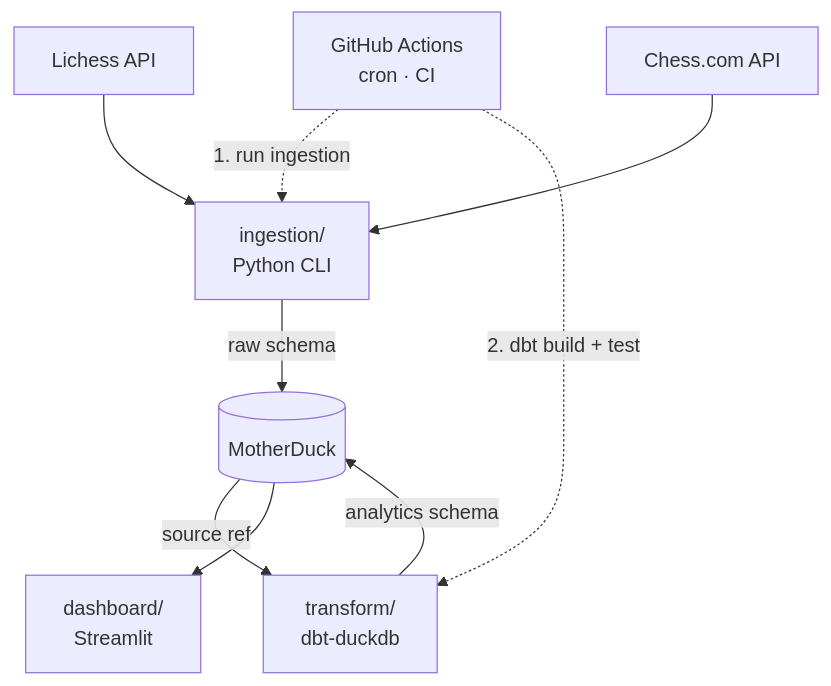
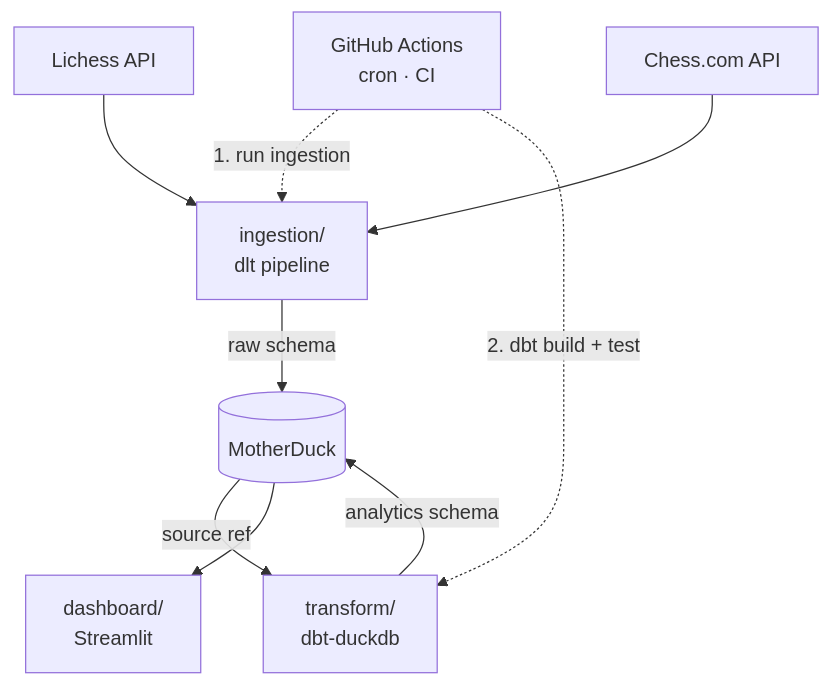
Before and after one commit to rbrtrss/chessdashboard: the diagram in README.md, drawn with Mermaid.

Commit message:
Update architecture diagram to reflect dlt
Label the ingestion node as "dlt pipeline" instead of "Python CLI"
to match the implementation adopted in the previous commit.

````diff
--- a/README.md
+++ b/README.md
@@ -7,11 +7,11 @@
 ```mermaid
 flowchart TD
     LI[Lichess API] --> ING
     CC[Chess.com API] --> ING
-    ING["ingestion/<br/>Python CLI"] -->|raw schema| MD[(MotherDuck)]
+    ING["ingestion/<br/>dlt pipeline"] -->|raw schema| MD[(MotherDuck)]
     MD -->|source ref| DBT["transform/<br/>dbt-duckdb"]
     DBT -->|analytics schema| MD
     MD --> DASH["dashboard/<br/>Streamlit"]
     GHA["GitHub Actions<br/>cron · CI"] -.->|1. run ingestion| ING
     GHA -.->|2. dbt build + test| DBT
 ```
````
